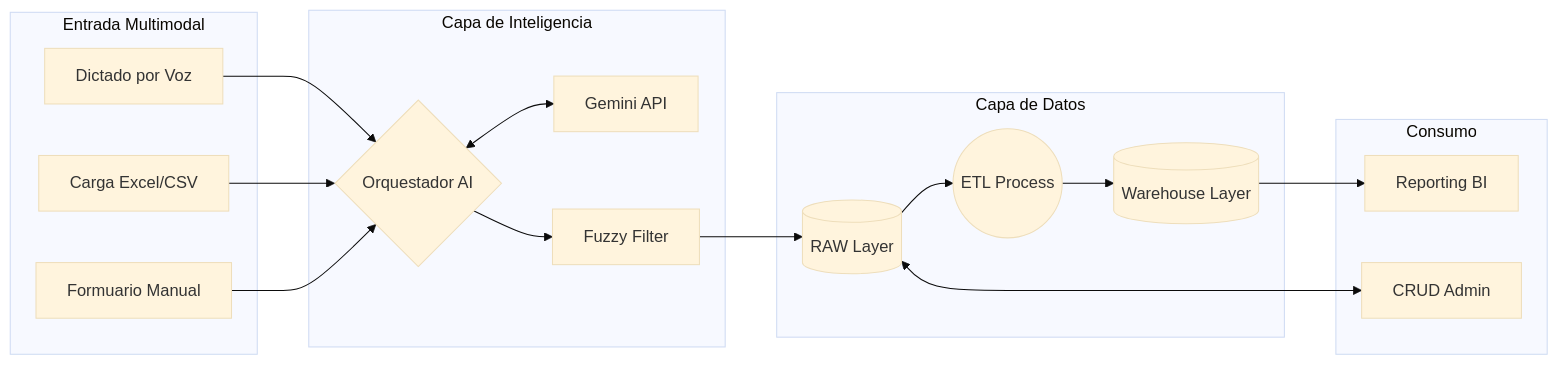
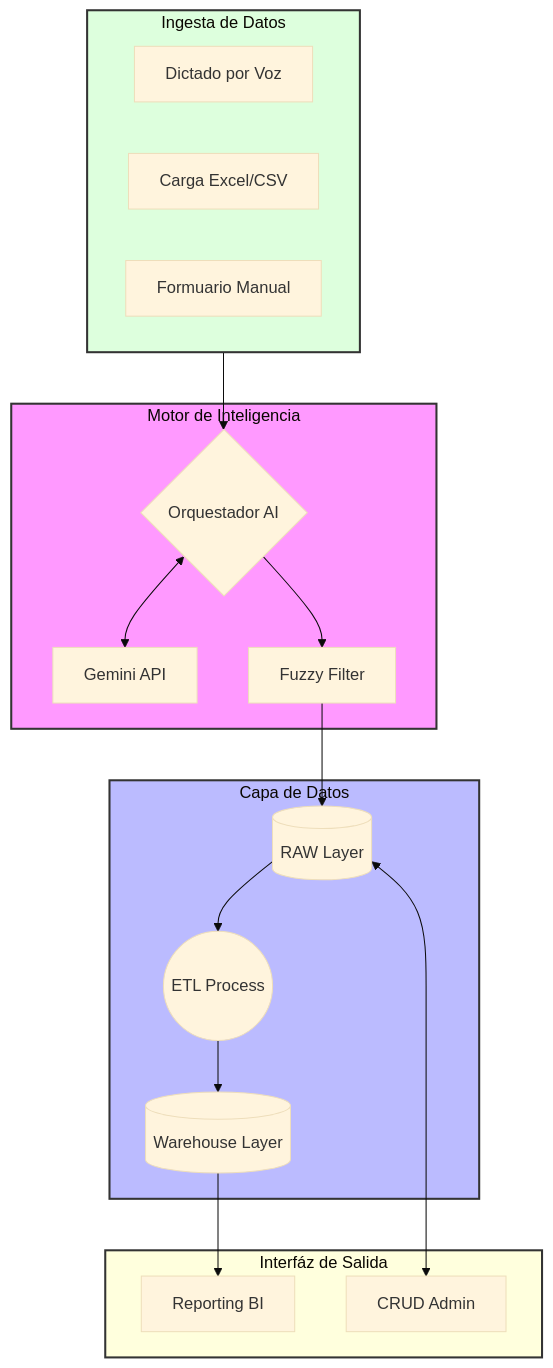
One commit to No-Country-simulation/-S02-26-Equipo-53-Data-Science changed the diagram in documentacion/README.md. Above: the diagram before and after it, drawn with Mermaid (base theme). The commit also changed other lines of this file, not shown here.

````diff
--- a/documentacion/README.md
+++ b/documentacion/README.md
@@ -33,34 +33,39 @@
 ```mermaid
-graph LR
-    subgraph "Entrada Multimodal"
+graph TD
+    subgraph IN ["Ingesta de Datos"]
         A[Dictado por Voz]
         B[Carga Excel/CSV]
         C[Formuario Manual]
     end
 
-    subgraph "Capa de Inteligencia"
+    subgraph IQ ["Motor de Inteligencia"]
         D{Orquestador AI}
         E[Gemini API]
         F[Fuzzy Filter]
     end
 
-    subgraph "Capa de Datos"
+    subgraph DB ["Capa de Datos"]
         G[(RAW Layer)]
         H((ETL Process))
         I[(Warehouse Layer)]
     end
 
-    subgraph "Consumo"
+    subgraph OUT ["Interfáz de Salida"]
         J[Reporting BI]
         K[CRUD Admin]
     end
 
-    A & B & C --> D
+    IN --> D
     D <--> E
     D --> F
     F --> G
     G --> H
     H --> I
     I --> J
     G <--> K
+
+    style IQ fill:#f9f,stroke:#333,stroke-width:2px
+    style DB fill:#bbf,stroke:#333,stroke-width:2px
+    style IN fill:#dfd,stroke:#333,stroke-width:2px
+    style OUT fill:#ffd,stroke:#333,stroke-width:2px
 ```
````
